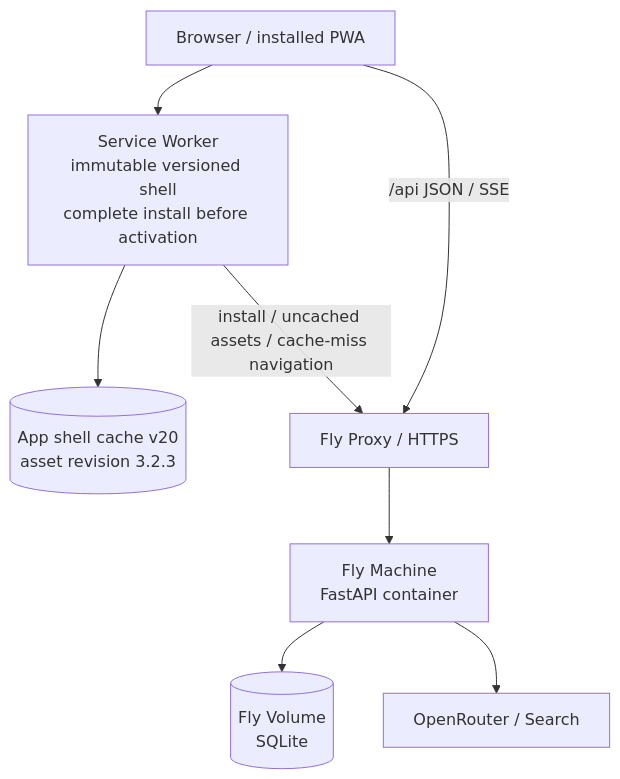
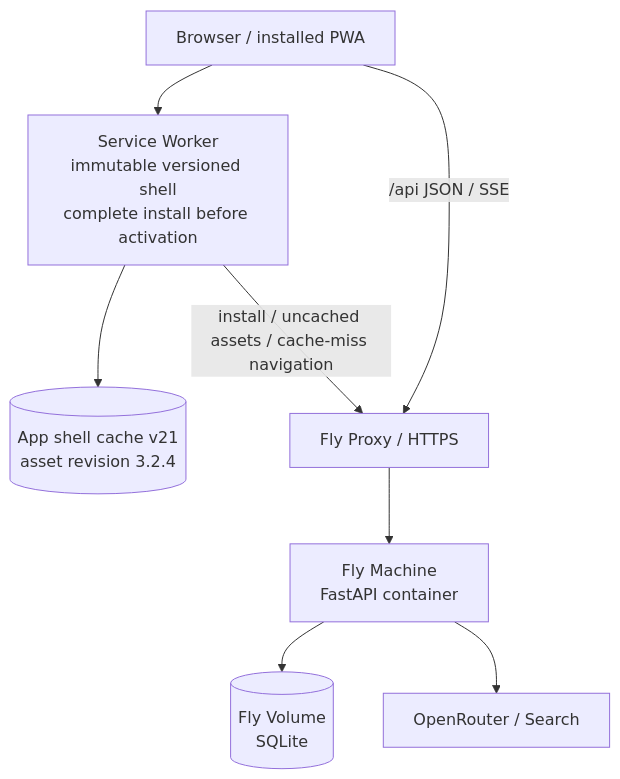
Before and after one commit to Teng91/running-shoes: the sixth of 7 diagrams in docs/architecture.md, drawn with Mermaid. The commit also changed other lines of this file and 13 other files, not shown here.

````diff
--- a/docs/architecture.md
+++ b/docs/architecture.md
@@ -241,18 +246,18 @@
 ```mermaid
 flowchart TB
     Browser[Browser / installed PWA]
     SW[Service Worker<br/>immutable versioned shell<br/>complete install before activation]
-    Shell[(App shell cache v20<br/>asset revision 3.2.3)]
+    Shell[(App shell cache v21<br/>asset revision 3.2.4)]
     FlyProxy[Fly Proxy / HTTPS]
     Machine[Fly Machine<br/>FastAPI container]
     Volume[(Fly Volume<br/>SQLite)]
     External[OpenRouter / Search]
 
     Browser --> SW
     SW --> Shell
     SW -->|install / uncached assets / cache-miss navigation| FlyProxy
     Browser -->|/api JSON / SSE| FlyProxy
     FlyProxy --> Machine
     Machine --> Volume
     Machine --> External
 ```
````
